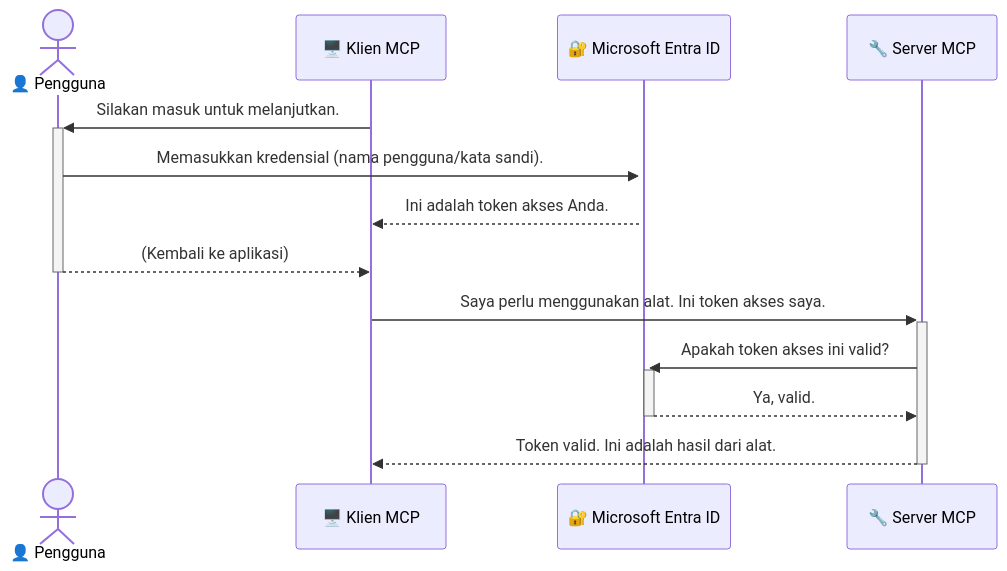
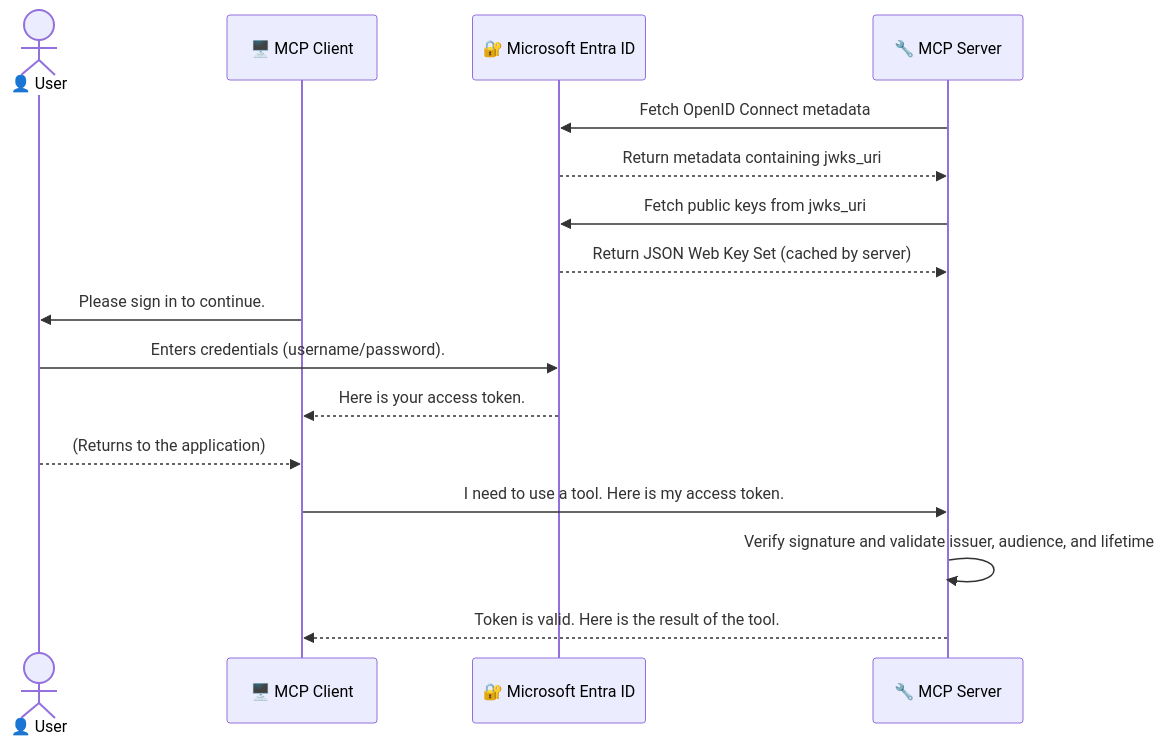
The diagram in translations/id/05-AdvancedTopics/mcp-security-entra/README.md (microsoft/mcp-for-beginners), drawn with Mermaid before and after one commit. The commit also changed other lines of this file and 109 other files, not shown here.

````diff
--- a/translations/id/05-AdvancedTopics/mcp-security-entra/README.md
+++ b/translations/id/05-AdvancedTopics/mcp-security-entra/README.md
@@ -67,17 +67,21 @@
 ```mermaid
 sequenceDiagram
-    actor User as 👤 Pengguna
-    participant Client as 🖥️ Klien MCP
+    actor User as 👤 User
+    participant Client as 🖥️ MCP Client
     participant Entra as 🔐 Microsoft Entra ID
-    participant Server as 🔧 Server MCP
+    participant Server as 🔧 MCP Server
 
-    Client->>+User: Silakan masuk untuk melanjutkan.
-    User->>+Entra: Memasukkan kredensial (nama pengguna/kata sandi).
-    Entra-->>Client: Ini adalah token akses Anda.
-    User-->>-Client: (Kembali ke aplikasi)
+  Server->>Entra: Fetch OpenID Connect metadata
+  Entra-->>Server: Return metadata containing jwks_uri
+  Server->>Entra: Fetch public keys from jwks_uri
+  Entra-->>Server: Return JSON Web Key Set (cached by server)
 
-    Client->>+Server: Saya perlu menggunakan alat. Ini token akses saya.
-    Server->>+Entra: Apakah token akses ini valid?
-    Entra-->>-Server: Ya, valid.
-    Server-->>-Client: Token valid. Ini adalah hasil dari alat.
+  Client->>User: Please sign in to continue.
+  User->>Entra: Enters credentials (username/password).
+    Entra-->>Client: Here is your access token.
+  User-->>Client: (Returns to the application)
+
+  Client->>Server: I need to use a tool. Here is my access token.
+  Server->>Server: Verify signature and validate issuer, audience, and lifetime
+  Server-->>Client: Token is valid. Here is the result of the tool.
 ```
````
